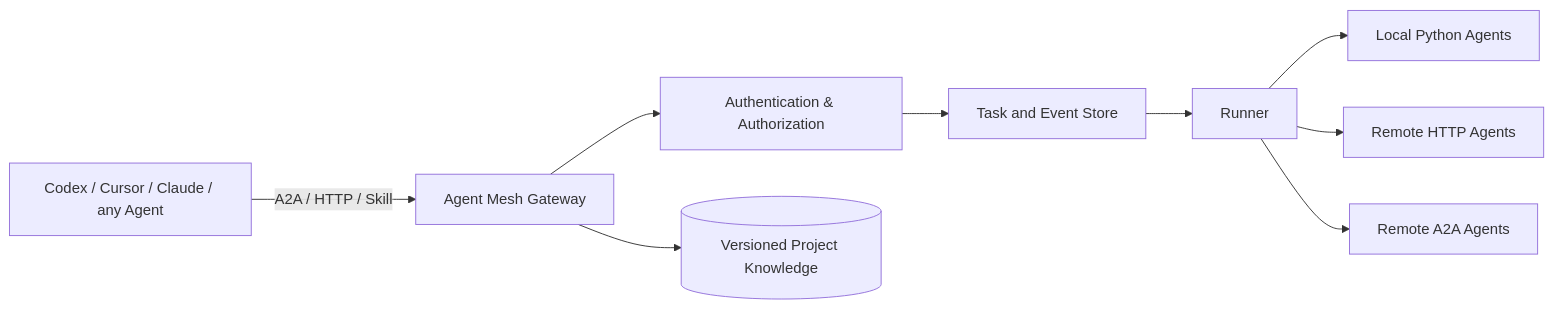
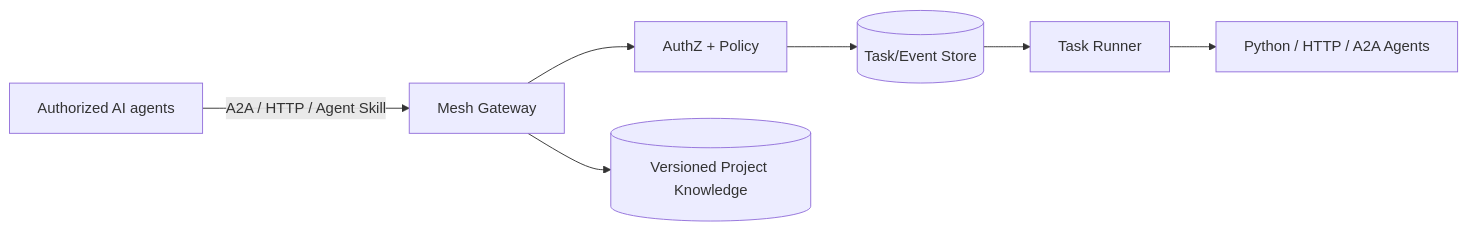
The diagram in README.md (keyneszeng/Open-Agent-Mesh), drawn with Mermaid before and after one commit. The commit also changed other lines of this file, not shown here.

````diff
--- a/README.md
+++ b/README.md
@@ -22,11 +25,9 @@
 ```mermaid
 flowchart LR
-    A[Codex / Cursor / Claude / any Agent] -->|A2A / HTTP / Skill| B[Agent Mesh Gateway]
-    B --> C[Authentication & Authorization]
-    C --> D[Task and Event Store]
-    D --> E[Runner]
-    E --> F[Local Python Agents]
-    E --> G[Remote HTTP Agents]
-    E --> H[Remote A2A Agents]
-    B --> K[(Versioned Project Knowledge)]
+  A[Authorized AI agents] -->|A2A / HTTP / Agent Skill| B[Mesh Gateway]
+  B --> C[AuthZ + Policy]
+  C --> D[(Task/Event Store)]
+  D --> E[Task Runner]
+  E --> F[Python / HTTP / A2A Agents]
+  B --> K[(Versioned Project Knowledge)]
 ```
````
